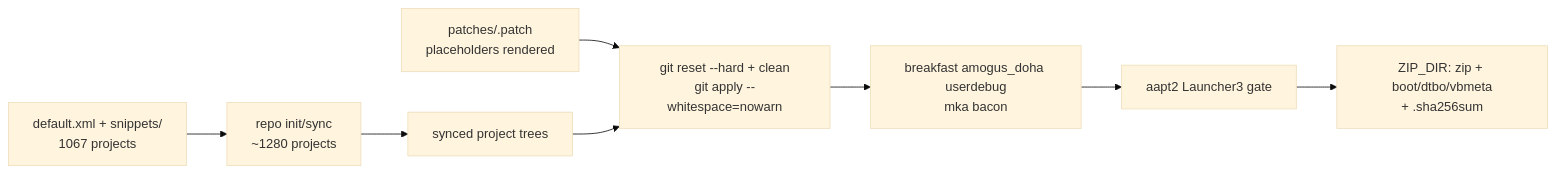
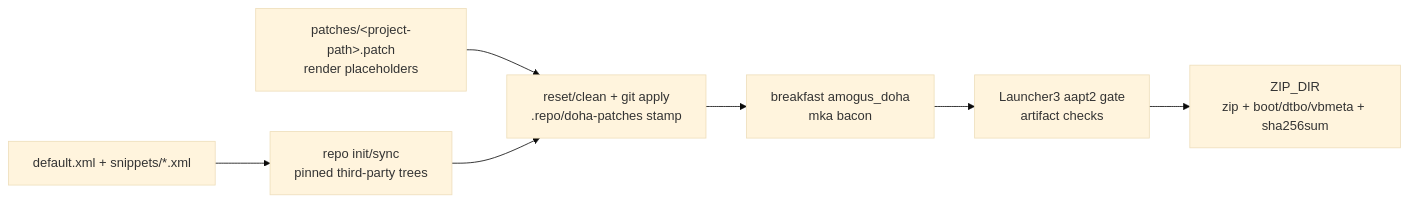
The diagram in AGENTS.md (ishwar-chandra/amogus_doha_custom_rom), drawn with Mermaid (base theme) before and after one commit. The commit also changed other lines of this file and 4 other files, not shown here.

````diff
--- a/AGENTS.md
+++ b/AGENTS.md
@@ -19,10 +18,9 @@
 ```mermaid
 flowchart LR
-  M["default.xml + snippets/<br/>1067 projects"] --> R["repo init/sync<br/>~1280 projects"]
-  R --> T["synced project trees"]
-  P["patches/<project path>.patch<br/>placeholders rendered"] --> A["git reset --hard + clean<br/>git apply --whitespace=nowarn"]
-  T --> A
-  A --> B["breakfast amogus_doha userdebug<br/>mka bacon"]
-  B --> G["aapt2 Launcher3 gate"]
-  G --> Z["ZIP_DIR: zip + boot/dtbo/vbmeta<br/>+ .sha256sum"]
+  M["default.xml + snippets/*.xml"] --> R["repo init/sync<br/>pinned third-party trees"]
+  P["patches/&lt;project-path&gt;.patch<br/>render placeholders"] --> A["reset/clean + git apply<br/>.repo/doha-patches stamp"]
+  R --> A
+  A --> B["breakfast amogus_doha<br/>mka bacon"]
+  B --> G["Launcher3 aapt2 gate<br/>artifact checks"]
+  G --> Z["ZIP_DIR<br/>zip + boot/dtbo/vbmeta + sha256sum"]
 ```
````
